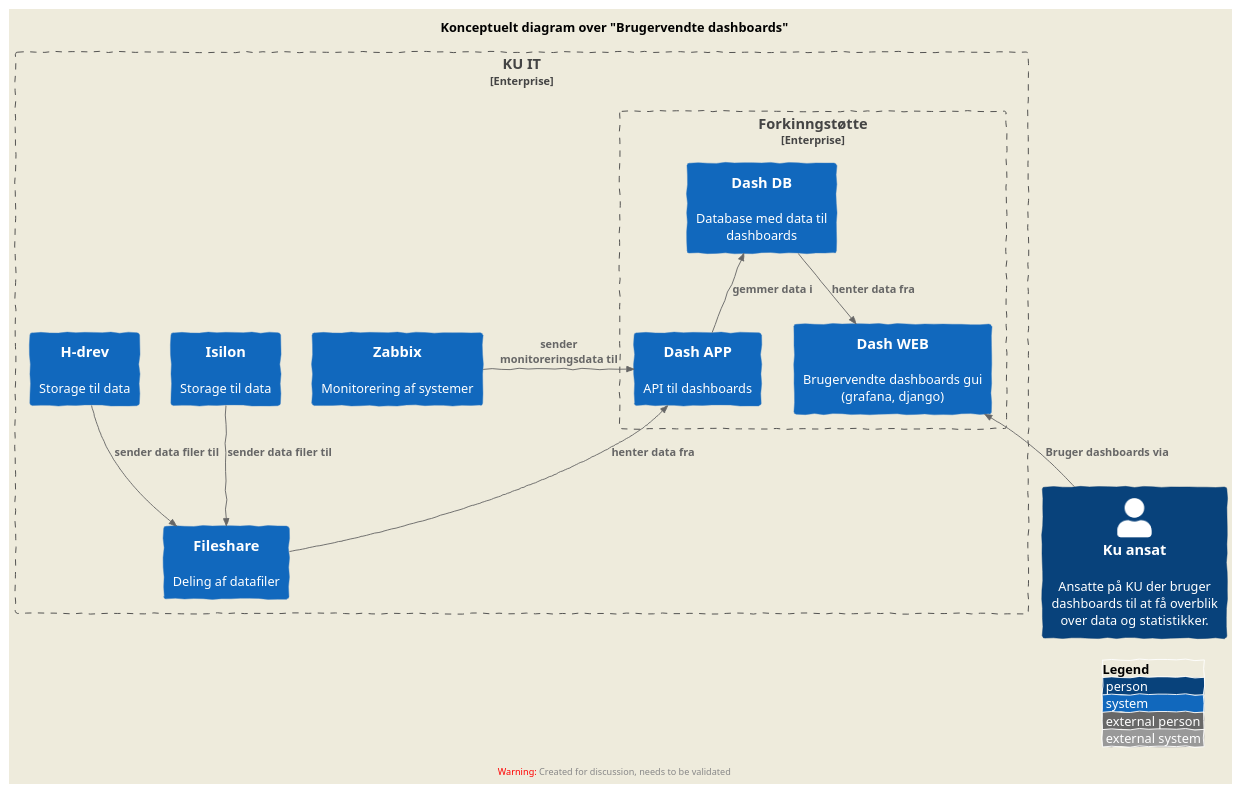
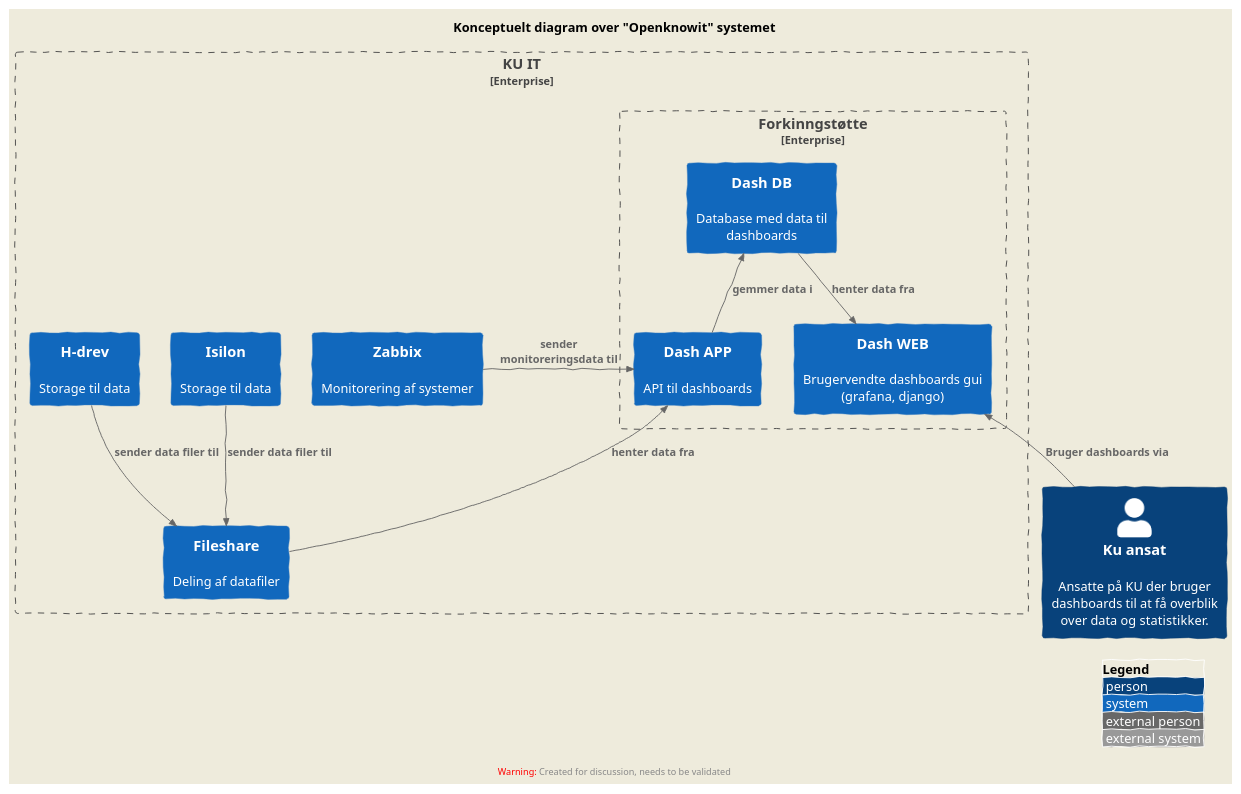
One commit to JakobHolstDK/infowall changed the diagram in diagrams/openknowit.puml. Above: the diagram before and after it, drawn with PlantUML.

```diff
--- a/diagrams/openknowit.puml
+++ b/diagrams/openknowit.puml
@@ -2,38 +2,38 @@
 @startuml
 !include https://raw.githubusercontent.com/plantuml-stdlib/C4-PlantUML/master/C4_Context.puml
 
 ' uncomment the following line and comment the first to use locally
 ' !include C4_Context.puml
 
 LAYOUT_TOP_DOWN()
 LAYOUT_AS_SKETCH()
 LAYOUT_WITH_LEGEND()
 
 
-title  Konceptuelt diagram over "Brugervendte dashboards"
+title  Konceptuelt diagram over "Openknowit" systemet
 
 Person(customer, "Ku ansat", "Ansatte på KU der bruger dashboards til at få overblik over data og statistikker.")
 Enterprise_Boundary(c0, "KU IT", "Københavns Universitets IT-afdeling") {
 System(isilon, "Isilon", "Storage til data")
 System(Hdrives, "H-drev", "Storage til data")
 System(zabbix, "Zabbix", "Monitorering af systemer")
 System(fileshare, "Fileshare", "Deling af datafiler")
 
 
 
 
 Enterprise_Boundary(c1, "Forkinngstøtte", "Forkningstøtte på KU") {
     System(dashdb, "Dash DB", "Database med data til dashboards")
     System(dashweb, "Dash WEB", "Brugervendte dashboards gui (grafana, django)")
     System(dashapp, "Dash APP", "API til dashboards")
 }
 }
 Rel_U(customer, dashweb, "Bruger dashboards via")
 Rel_D(isilon, fileshare, "sender data filer til")
 Rel_D(Hdrives, fileshare, "sender data filer til")
 Rel_U(fileshare, dashapp, "henter data fra")
 Rel_Neighbor(zabbix, dashapp, "sender monitoreringsdata til")
 Rel_U(dashapp, dashdb, "gemmer data i")
 Rel_D(dashdb, dashweb, "henter data fra")
 
 @enduml
```
